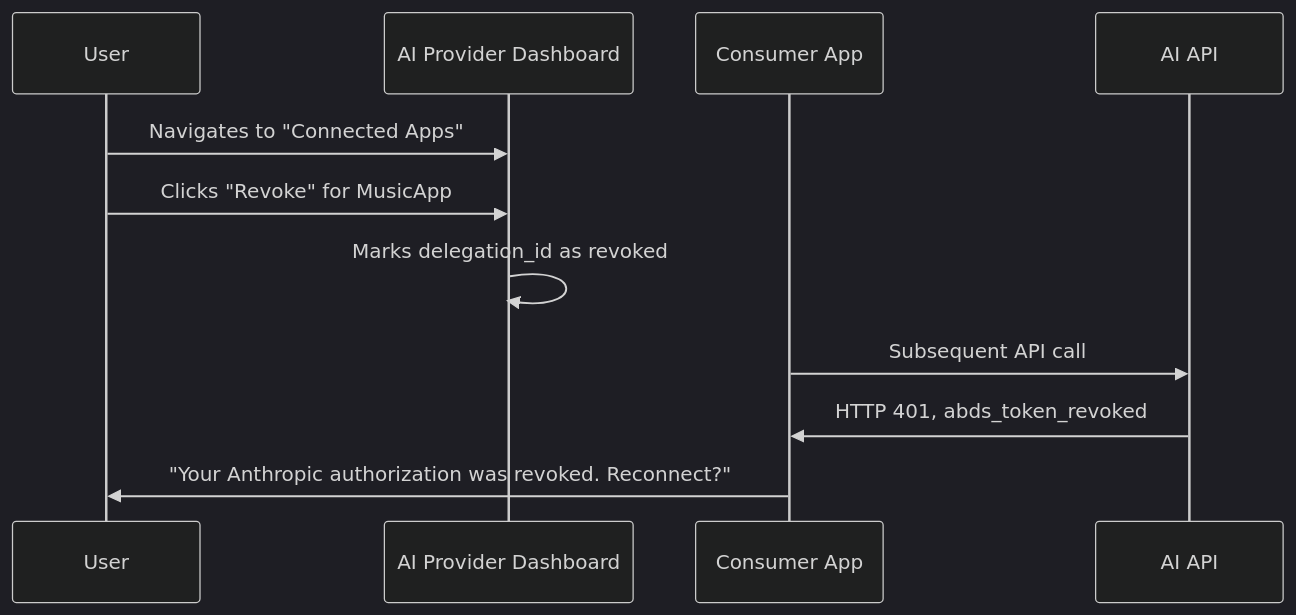
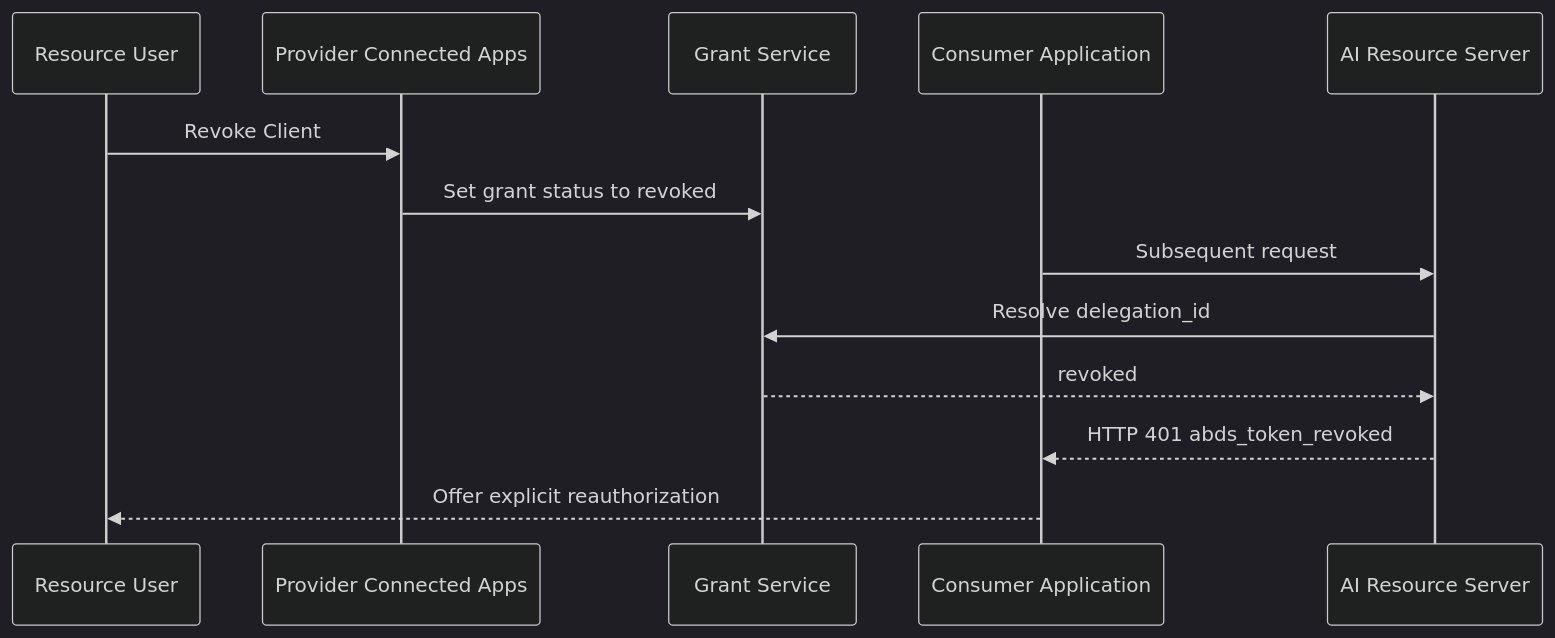
One commit to MJohnstonAI/ai-billing-delegation changed the fifth of 8 diagrams in FLOWS.md. Above: the diagram before and after it, drawn with Mermaid (dark theme). The commit also changed other lines of this file and 14 other files, not shown here.

````diff
--- a/FLOWS.md
+++ b/FLOWS.md
@@ -49,14 +104,16 @@
 ```mermaid
 sequenceDiagram
-    participant U as User
-    participant P as AI Provider Dashboard
-    participant A as Consumer App
-    participant API as AI API
+    participant U as Resource User
+    participant D as Provider Connected Apps
+    participant G as Grant Service
+    participant A as Consumer Application
+    participant API as AI Resource Server
 
-    U->>P: Navigates to "Connected Apps"
-    U->>P: Clicks "Revoke" for MusicApp
-    P->>P: Marks delegation_id as revoked
-    A->>API: Subsequent API call
-    API->>A: HTTP 401, abds_token_revoked
-    A->>U: "Your Anthropic authorization was revoked. Reconnect?"
+    U->>D: Revoke Client
+    D->>G: Set grant status to revoked
+    A->>API: Subsequent request
+    API->>G: Resolve delegation_id
+    G-->>API: revoked
+    API-->>A: HTTP 401 abds_token_revoked
+    A-->>U: Offer explicit reauthorization
 ```
````
